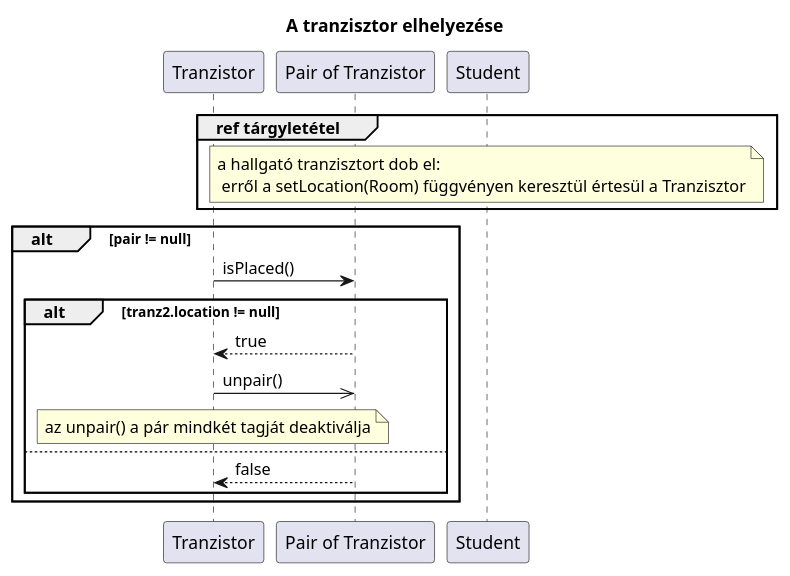
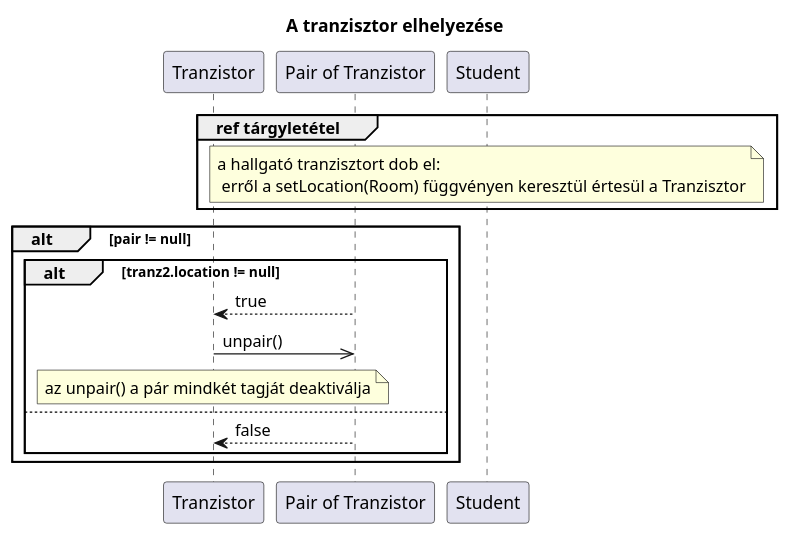
The second of 2 diagrams in diagramms/src/transistor.puml (kipolaris/skyrimscriptsuttogok), drawn with PlantUML before and after one commit. The commit also changed other lines of this file and 29 other files, not shown here.

Commit message:
fix and continue sequence diagrams

```diff
--- a/diagramms/src/transistor.puml
+++ b/diagramms/src/transistor.puml
@@ -37,24 +36,23 @@
 @startuml place
 
 title A tranzisztor elhelyezése
 
 Participant "Tranzistor" as tranz1
 Participant "Pair of Tranzistor" as tranz2
 participant Student as h
 
 group ref tárgyletétel
 note over h : a hallgató tranzisztort dob el:\n erről a setLocation(Room) függvényen keresztül értesül a Tranzisztor
 end
 
 alt pair != null
-    tranz1->tranz2 : isPlaced()
     alt tranz2.location != null
         tranz2-->tranz1 : true
         tranz1->>tranz2 : unpair()
         note over tranz1 : az unpair() a pár mindkét tagját deaktiválja
     else
         tranz2-->tranz1 : false
     end
 end
 
 @enduml
```
